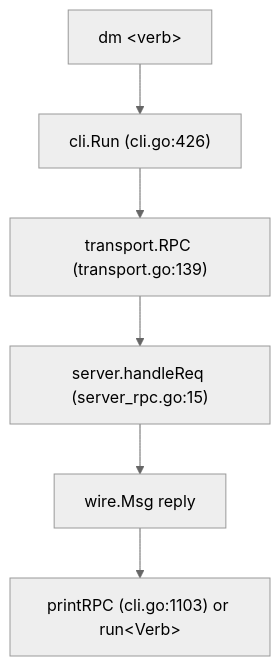
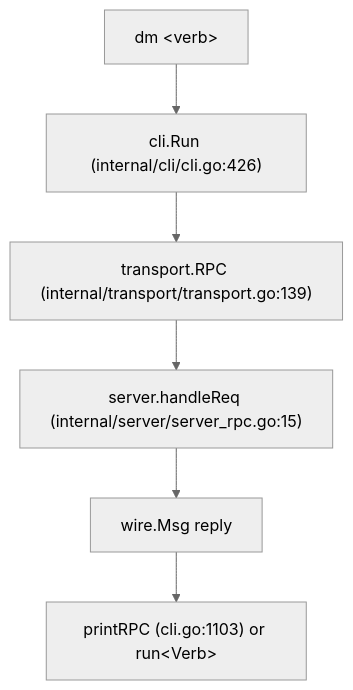
One commit to ladydascalie/dm changed the first of 2 diagrams in docs/internals/10-config.md. Above: the diagram before and after it, drawn with Mermaid (neutral theme). The commit also changed other lines of this file and 13 other files, not shown here.

````diff
--- a/docs/internals/10-config.md
+++ b/docs/internals/10-config.md
@@ -9,8 +12,8 @@
 ```mermaid
 flowchart TD
-  A["dm &lt;verb&gt;"] --> B["cli.Run (cli.go:426)"]
-  B --> C["transport.RPC (transport.go:139)"]
-  C --> D["server.handleReq (server_rpc.go:15)"]
+  A["dm &lt;verb&gt;"] --> B["cli.Run (internal/cli/cli.go:426)"]
+  B --> C["transport.RPC (internal/transport/transport.go:139)"]
+  C --> D["server.handleReq (internal/server/server_rpc.go:15)"]
   D --> E["wire.Msg reply"]
   E --> F["printRPC (cli.go:1103) or run&lt;Verb&gt;"]
 ```
````
